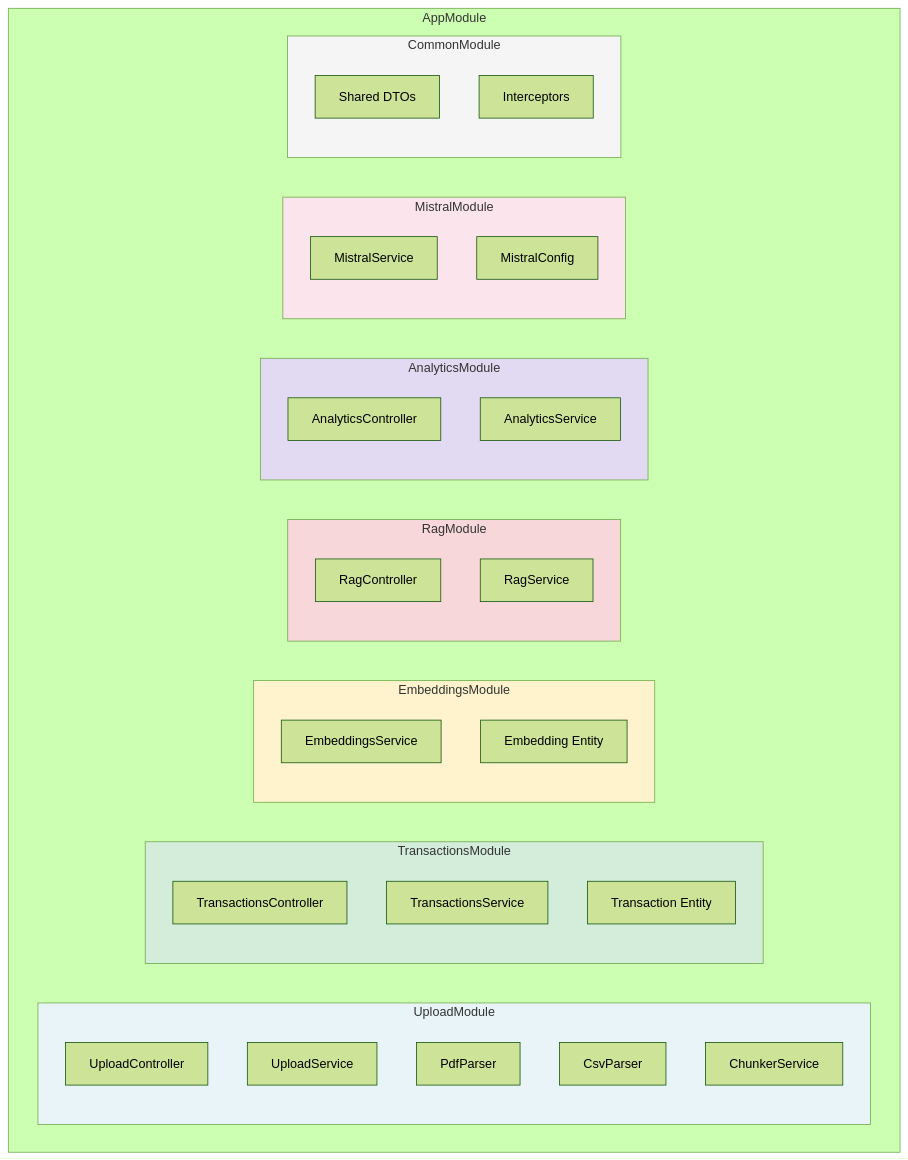
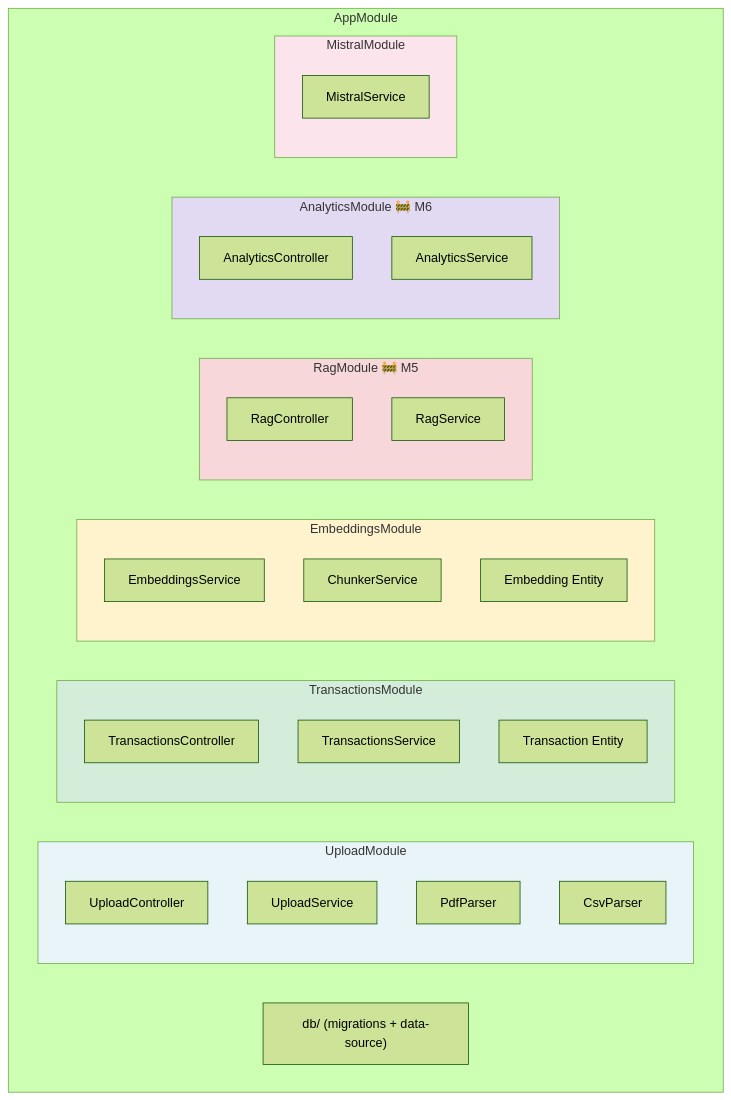
Before and after one commit to darth-dodo/ledger: the fifth of 7 diagrams in docs/architecture.md, drawn with Mermaid (forest theme). The commit also changed other lines of this file and 45 other files, not shown here.

````diff
--- a/docs/architecture.md
+++ b/docs/architecture.md
@@ -217,51 +219,46 @@
 ```mermaid
 graph TD
     subgraph AppModule
         subgraph UploadModule
             UC2[UploadController]
             US2[UploadService]
             PDF[PdfParser]
             CSV[CsvParser]
-            CHK[ChunkerService]
         end
 
         subgraph TransactionsModule
             TC2[TransactionsController]
             TS2[TransactionsService]
             TE[Transaction Entity]
         end
 
         subgraph EmbeddingsModule
             ES2[EmbeddingsService]
+            CHK[ChunkerService]
             EE[Embedding Entity]
         end
 
-        subgraph RagModule
+        subgraph RagModule ["RagModule 🚧 M5"]
             RC2[RagController]
             RS2[RagService]
         end
 
-        subgraph AnalyticsModule
+        subgraph AnalyticsModule ["AnalyticsModule 🚧 M6"]
             AC2[AnalyticsController]
             AS2[AnalyticsService]
         end
 
         subgraph MistralModule
             MS2[MistralService]
-            MC2[MistralConfig]
         end
 
-        subgraph CommonModule
-            DTO[Shared DTOs]
-            INT[Interceptors]
-        end
+        DB["db/ (migrations + data-source)"]
     end
 
     style UploadModule fill:#e8f4f8
     style TransactionsModule fill:#d4edda
     style EmbeddingsModule fill:#fff3cd
     style RagModule fill:#f8d7da
     style AnalyticsModule fill:#e2d9f3
     style MistralModule fill:#fce4ec
-    style CommonModule fill:#f5f5f5
 ```
````
